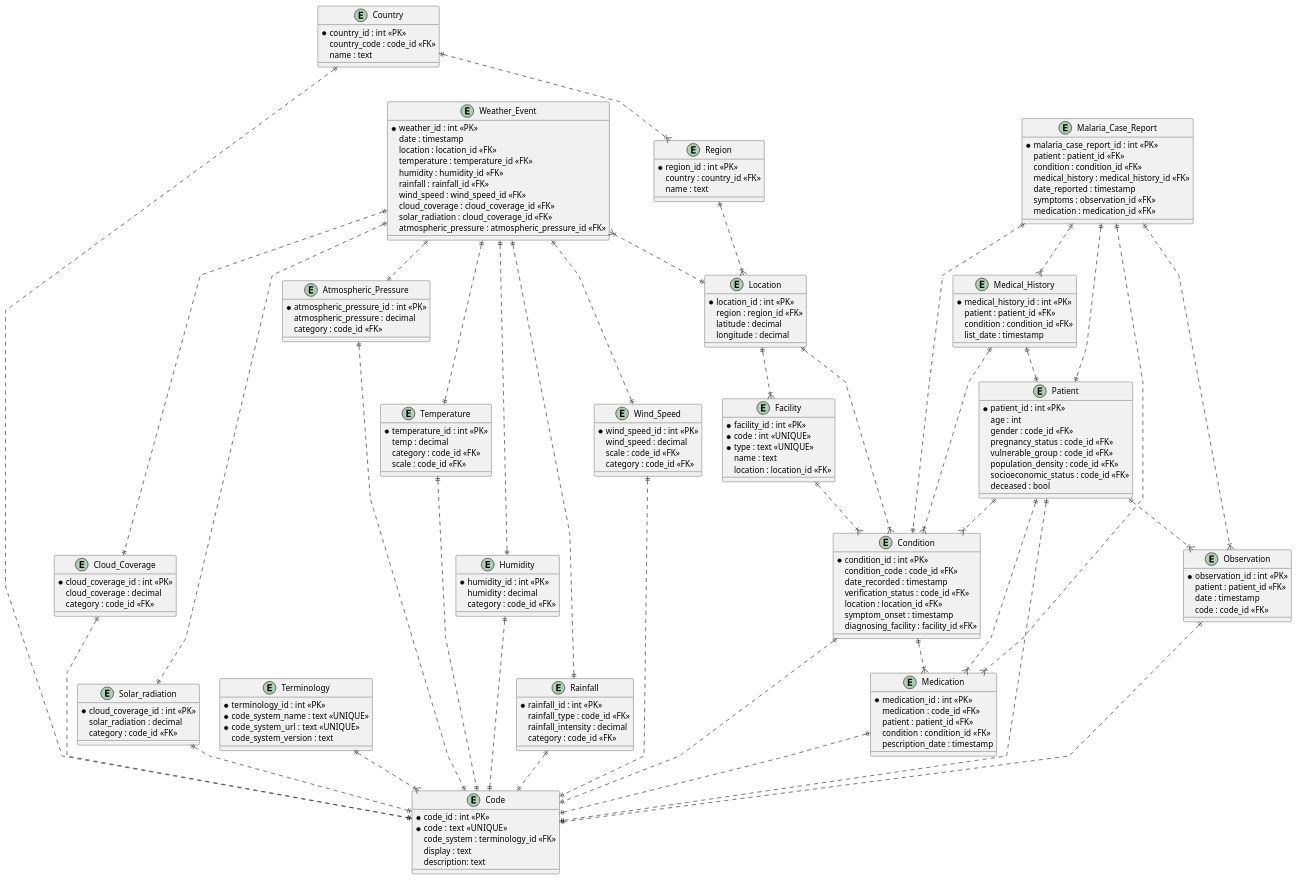
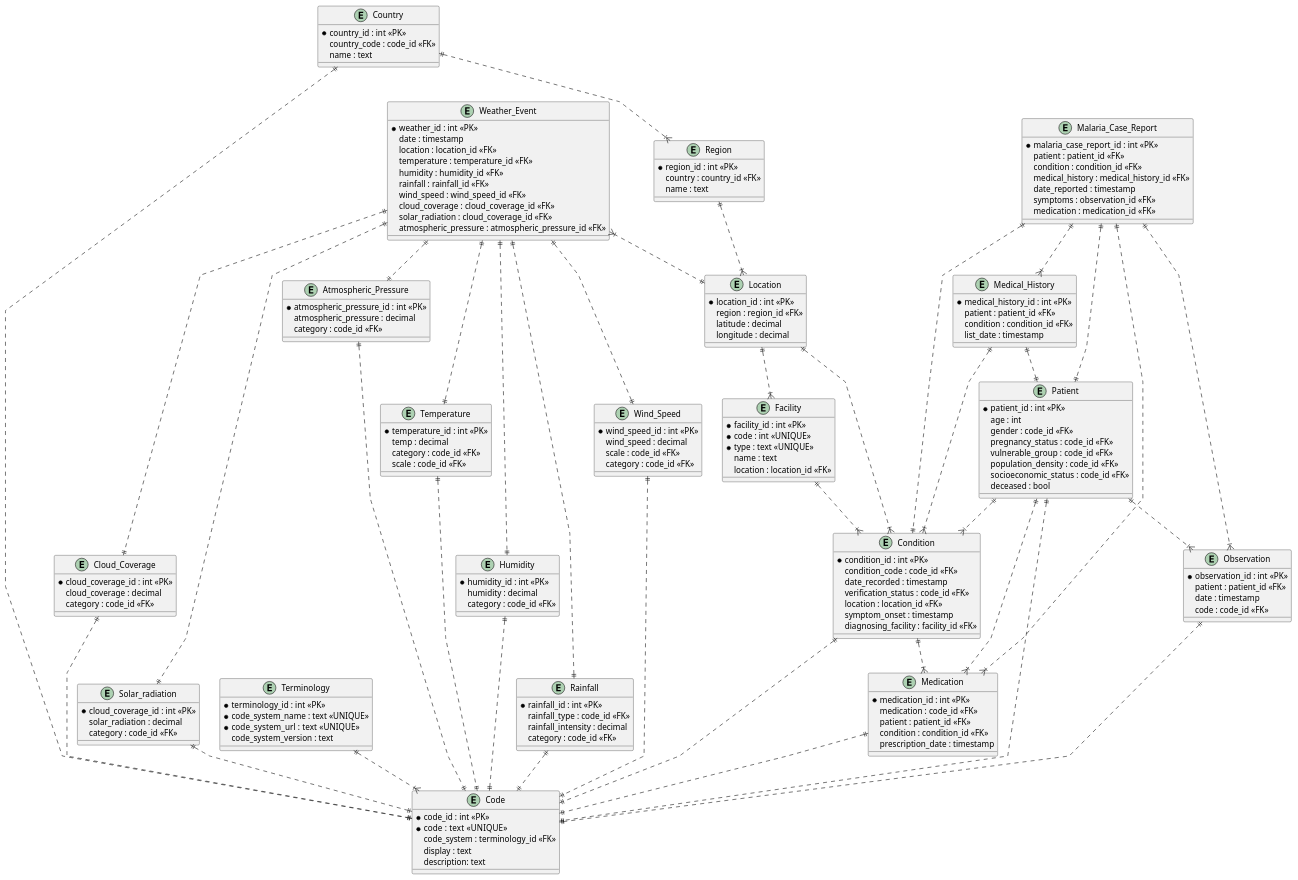
The diagram in One Health ERD.plantuml (rmrlangford/One-Health), drawn with PlantUML before and after one commit.

Commit message:
Update One Health ERD.plantuml

```diff
--- a/One Health ERD.plantuml
+++ b/One Health ERD.plantuml
@@ -1,198 +1,198 @@
 @startuml
 
 ' avoid problems with angled crows feet
 'skinparam linetype ortho
 skinparam linetype polyline
 
 entity "Weather_Event" as e01 {
     *weather_id : int <<PK>>
     date : timestamp
     location : location_id <<FK>>
     temperature : temperature_id <<FK>>
     humidity : humidity_id <<FK>>
     rainfall : rainfall_id <<FK>>
     wind_speed : wind_speed_id <<FK>>
     cloud_coverage : cloud_coverage_id <<FK>>
     solar_radiation : cloud_coverage_id <<FK>>
     atmospheric_pressure : atmospheric_pressure_id <<FK>>
 }
 
 entity "Temperature" as e10 {
     *temperature_id : int <<PK>>
     temp : decimal
     category : code_id <<FK>>
     scale : code_id <<FK>>
 }
 
 entity "Location" as e02 {
     *location_id : int <<PK>>
     region : region_id <<FK>>
     latitude : decimal
     longitude : decimal
 }
 
 entity "Region" as e03 {
     *region_id : int <<PK>>
     country : country_id <<FK>>
     name : text
 }
 
 entity "Country" as e04 {
     *country_id : int <<PK>>
     country_code : code_id <<FK>>
     name : text
 }
 
 entity "Facility" as e05 {
     *facility_id : int <<PK>>
     *code : int <<UNIQUE>>
     *type : text <<UNIQUE>>
     name : text
     location : location_id <<FK>>
 }
 
 entity "Condition" as e08 {
     *condition_id : int <<PK>>
     condition_code : code_id <<FK>>
     date_recorded : timestamp
     verification_status : code_id <<FK>>
     location : location_id <<FK>>
     symptom_onset : timestamp
     diagnosing_facility : facility_id <<FK>>
 }
 
 entity "Terminology" as e13 {
     *terminology_id : int <<PK>>
     *code_system_name : text <<UNIQUE>>
     *code_system_url : text  <<UNIQUE>>
     code_system_version : text
 }
 
 entity "Code" as e14 {
     *code_id : int <<PK>>
     *code : text  <<UNIQUE>>
     code_system : terminology_id <<FK>>
     display : text
     description: text
 }
 
 entity "Humidity" as e15 {
     *humidity_id : int <<PK>>
     humidity : decimal
     category : code_id <<FK>>
 }
 
 entity "Patient" as e17 {
     *patient_id : int <<PK>>
     age : int
     gender : code_id <<FK>>
     pregnancy_status : code_id <<FK>>
     vulnerable_group : code_id <<FK>>
     population_density : code_id <<FK>>
     socioeconomic_status : code_id <<FK>>
     deceased : bool
 }
 
 entity "Rainfall" as e20 {
     *rainfall_id : int <<PK>>
     rainfall_type : code_id <<FK>>
     rainfall_intensity : decimal
     category : code_id <<FK>>
 }
 
 entity "Wind_Speed" as e23 {
     *wind_speed_id : int <<PK>>
     wind_speed : decimal
     scale : code_id <<FK>>
     category : code_id <<FK>>
 }
 
 entity "Cloud_Coverage" as e24 {
     *cloud_coverage_id : int <<PK>>
     cloud_coverage : decimal
     category : code_id <<FK>>
 }
 
 entity "Solar_radiation" as e25 {
     *cloud_coverage_id : int <<PK>>
     solar_radiation : decimal
     category : code_id <<FK>>
 }
 
 entity "Atmospheric_Pressure" as e26 {
     *atmospheric_pressure_id : int <<PK>>
     atmospheric_pressure : decimal
     category : code_id <<FK>>
 }
 
 entity "Malaria_Case_Report" as e27 {
     *malaria_case_report_id : int <<PK>>
     patient : patient_id <<FK>>
     condition : condition_id <<FK>>
     medical_history : medical_history_id <<FK>>
     date_reported : timestamp
     symptoms : observation_id <<FK>>
     medication : medication_id <<FK>>
 }
 
 entity "Observation" as e28 {
     *observation_id : int <<PK>>
     patient : patient_id <<FK>>
     date : timestamp
     code : code_id <<FK>>
 }
 
 entity "Medical_History" as e29 {
     *medical_history_id : int <<PK>>
     patient : patient_id <<FK>>
     condition : condition_id <<FK>>
     list_date : timestamp
 }
 
 entity "Medication" as e30 {
     *medication_id : int <<PK>>
     medication : code_id <<FK>>
     patient : patient_id <<FK>>
     condition : condition_id <<FK>>
-    pescription_date : timestamp
+    prescription_date : timestamp
 }
 
 e01 }|..|| e02
 e03 ||..|{ e02
 e04 ||..|{ e03
 e02 ||..|{ e05
 e02 ||..|{ e08
 e05 ||..|{ e08
 e01 ||..|| e10
 e13 ||..|{ e14
 e08 ||..|| e14
 e04 ||..|| e14
 e15 ||..|| e14
 e01 ||..|| e15
 e10 ||..|| e14
 e17 ||..|| e14
 e17 ||..|{ e08
 e01 ||..|| e20
 e20 ||..|| e14
 e01 ||..|| e23
 e23 ||..|| e14
 e01 ||..|| e24
 e24 ||..|| e14
 e01 ||..|| e25
 e25 ||..|| e14
 e01 ||..|| e26
 e26 ||..|| e14
 e27 ||..|| e17
 e27 ||..|| e08
 e17 ||..|{ e28
 e28 ||..|| e14
 e27 ||..|{ e28
 e29 ||..|{ e08
 e29 ||..|| e17
 e27 ||..|{ e29
 e27 ||..|{ e30
 e30 ||..|| e14
 e17 ||..|{ e30
 e08 ||..|{ e30
 
 @enduml
```
